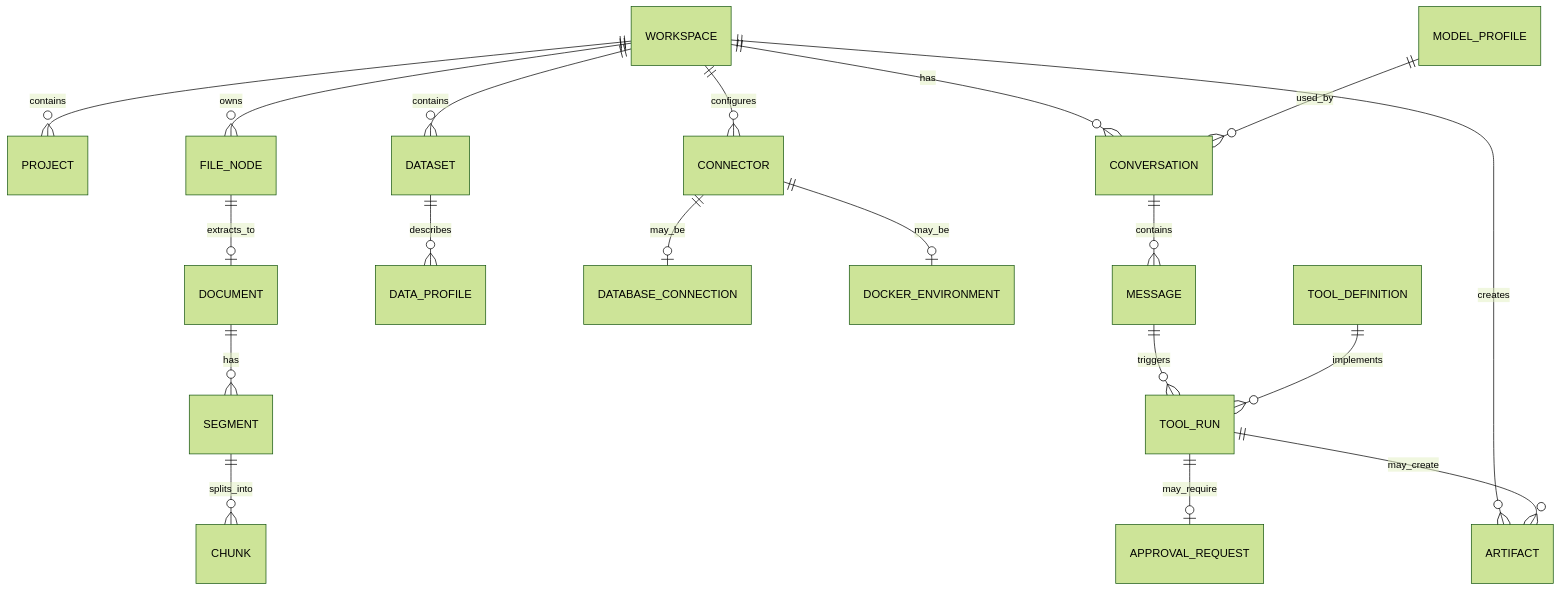
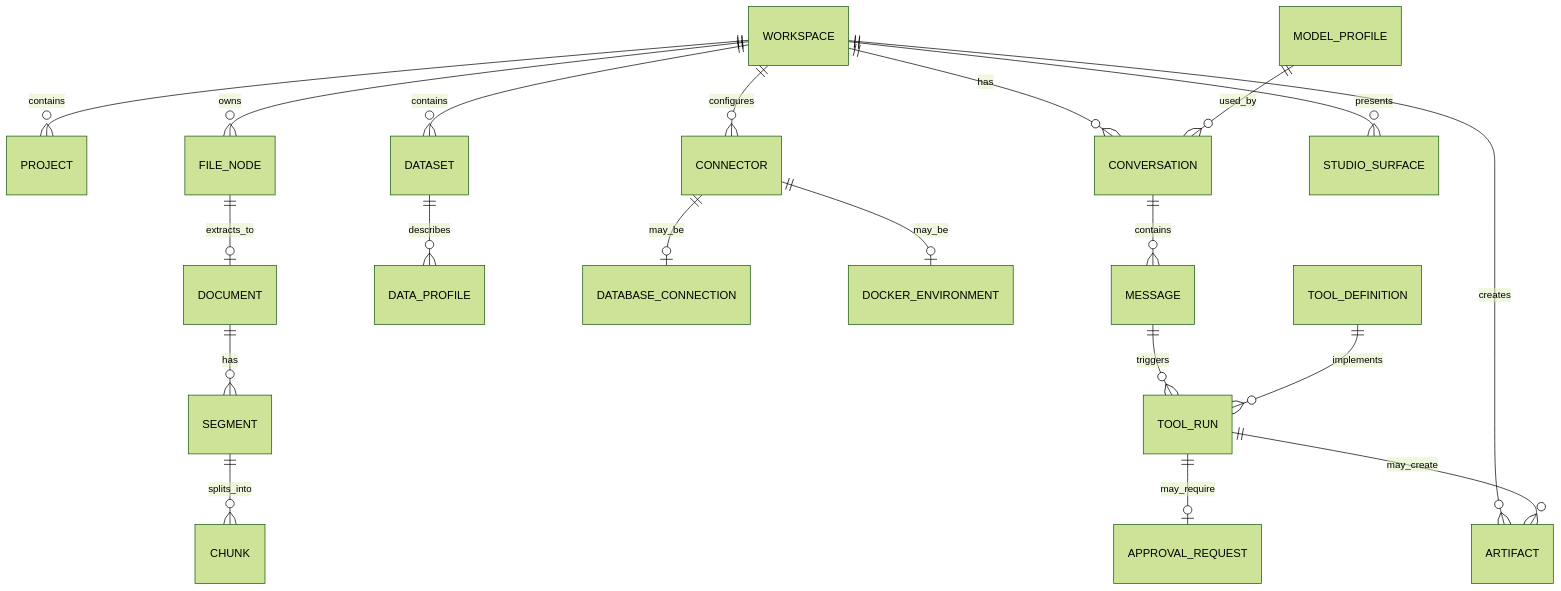
One commit to RCooLeR/NexusDesk changed the diagram in docs/03_DOMAIN_MODEL.md. Above: the diagram before and after it, drawn with Mermaid (forest theme). The commit also changed other lines of this file and 16 other files, not shown here.

````diff
--- a/docs/03_DOMAIN_MODEL.md
+++ b/docs/03_DOMAIN_MODEL.md
@@ -394,26 +418,27 @@
 ```mermaid
 erDiagram
   WORKSPACE ||--o{ PROJECT : contains
   WORKSPACE ||--o{ FILE_NODE : owns
   WORKSPACE ||--o{ CONVERSATION : has
   WORKSPACE ||--o{ CONNECTOR : configures
   WORKSPACE ||--o{ DATASET : contains
   WORKSPACE ||--o{ ARTIFACT : creates
+  WORKSPACE ||--o{ STUDIO_SURFACE : presents
 
   FILE_NODE ||--o| DOCUMENT : extracts_to
   DOCUMENT ||--o{ SEGMENT : has
   SEGMENT ||--o{ CHUNK : splits_into
 
   DATASET ||--o{ DATA_PROFILE : describes
 
   CONNECTOR ||--o| DATABASE_CONNECTION : may_be
   CONNECTOR ||--o| DOCKER_ENVIRONMENT : may_be
 
   CONVERSATION ||--o{ MESSAGE : contains
   MESSAGE ||--o{ TOOL_RUN : triggers
   TOOL_DEFINITION ||--o{ TOOL_RUN : implements
   TOOL_RUN ||--o| APPROVAL_REQUEST : may_require
   TOOL_RUN ||--o{ ARTIFACT : may_create
 
   MODEL_PROFILE ||--o{ CONVERSATION : used_by
 ```
````
